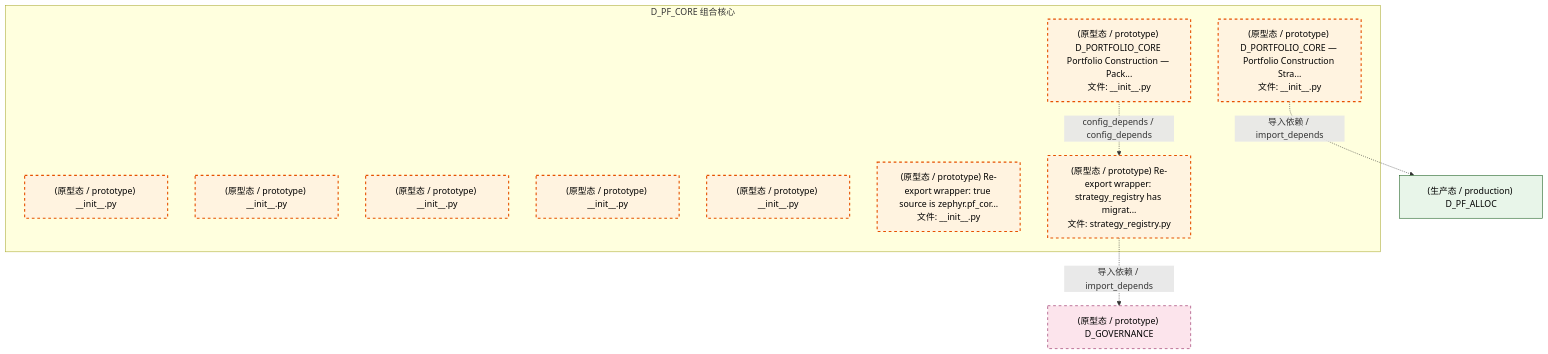
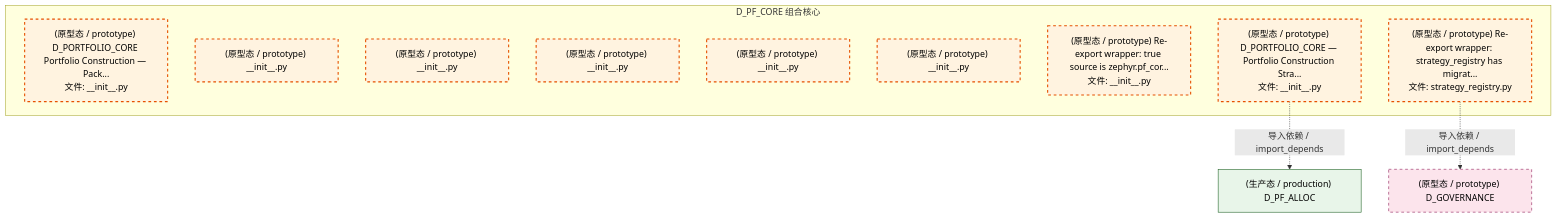
One commit to xuanFelixVan/ZephyrAlpha changed the third of 4 diagrams in docs/02_enterprise_architecture/02_domain_architecture_docs/52_d_pf_core.md. Above: the diagram before and after it, drawn with Mermaid. The commit also changed other lines of this file and 126 other files, not shown here.

````diff
--- a/docs/02_enterprise_architecture/02_domain_architecture_docs/52_d_pf_core.md
+++ b/docs/02_enterprise_architecture/02_domain_architecture_docs/52_d_pf_core.md
@@ -143,26 +143,25 @@
 ```mermaid
 graph TD
     subgraph D_PF_CORE["D_PF_CORE 组合核心"]
         src_zephyr_pf_core_init_py["(原型态 / prototype) D_PORTFOLIO_CORE Portfolio Construction — Pack...<br/>文件: __init__.py"]
         src_zephyr_pf_core_extensions_init_py["(原型态 / prototype) __init__.py"]
         src_zephyr_pf_core_api_init_py["(原型态 / prototype) __init__.py"]
         src_zephyr_pf_core_core_init_py["(原型态 / prototype) __init__.py"]
         src_zephyr_pf_core_infrastructure_init_py["(原型态 / prototype) __init__.py"]
         src_zephyr_pf_core_services_init_py["(原型态 / prototype) __init__.py"]
         src_zephyr_pf_core_strategies_init_py["(原型态 / prototype) Re-export wrapper: true source is zephyr.pf_cor...<br/>文件: __init__.py"]
         src_zephyr_pf_core_strategy_engine_init_py["(原型态 / prototype) D_PORTFOLIO_CORE — Portfolio Construction Stra...<br/>文件: __init__.py"]
         src_zephyr_pf_core_strategy_registry_py["(原型态 / prototype) Re-export wrapper: strategy_registry has migrat...<br/>文件: strategy_registry.py"]
     end
-    src_zephyr_pf_core_init_py -.->|config_depends / config_depends| src_zephyr_pf_core_strategy_registry_py
     D_GOVERNANCE["(原型态 / prototype) D_GOVERNANCE"]
     src_zephyr_pf_core_strategy_registry_py -.->|导入依赖 / import_depends| D_GOVERNANCE
     D_PF_ALLOC["(生产态 / production) D_PF_ALLOC"]
     src_zephyr_pf_core_strategy_engine_init_py -.->|导入依赖 / import_depends| D_PF_ALLOC
     classDef production fill:#e1f5fe,stroke:#01579b,stroke-width:2px,color:#000
     classDef design fill:#fff3e0,stroke:#e65100,stroke-width:2px,color:#000,stroke-dasharray: 5 5
     classDef external_prod fill:#e8f5e9,stroke:#1b5e20,stroke-width:1px,color:#000
     classDef external_design fill:#fce4ec,stroke:#880e4f,stroke-width:1px,color:#000,stroke-dasharray: 5 5
     class src_zephyr_pf_core_init_py,src_zephyr_pf_core_extensions_init_py,src_zephyr_pf_core_api_init_py,src_zephyr_pf_core_core_init_py,src_zephyr_pf_core_infrastructure_init_py,src_zephyr_pf_core_services_init_py,src_zephyr_pf_core_strategies_init_py,src_zephyr_pf_core_strategy_engine_init_py,src_zephyr_pf_core_strategy_registry_py design
     class D_PF_ALLOC external_prod
     class D_GOVERNANCE external_design
 ```
````
